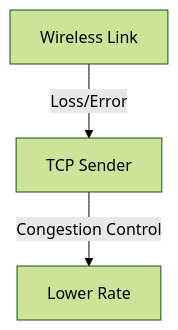
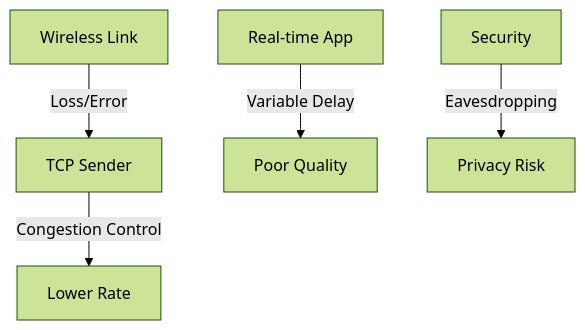
Before and after one commit to Attash2312/cntheory: the diagram in ch7/7.8_Wireless_Impact_Higher_Layer.md, drawn with Mermaid (forest theme). The commit also changed other lines of this file and 79 other files, not shown here.

````diff
--- a/ch7/7.8_Wireless_Impact_Higher_Layer.md
+++ b/ch7/7.8_Wireless_Impact_Higher_Layer.md
@@ -49,5 +134,7 @@
 ```mermaid
 graph TD
   A[Wireless Link] -- Loss/Error --> B[TCP Sender]
   B -- Congestion Control --> C[Lower Rate]
+  D[Real-time App] -- Variable Delay --> E[Poor Quality]
+  F[Security] -- Eavesdropping --> G[Privacy Risk]
 ```
````
